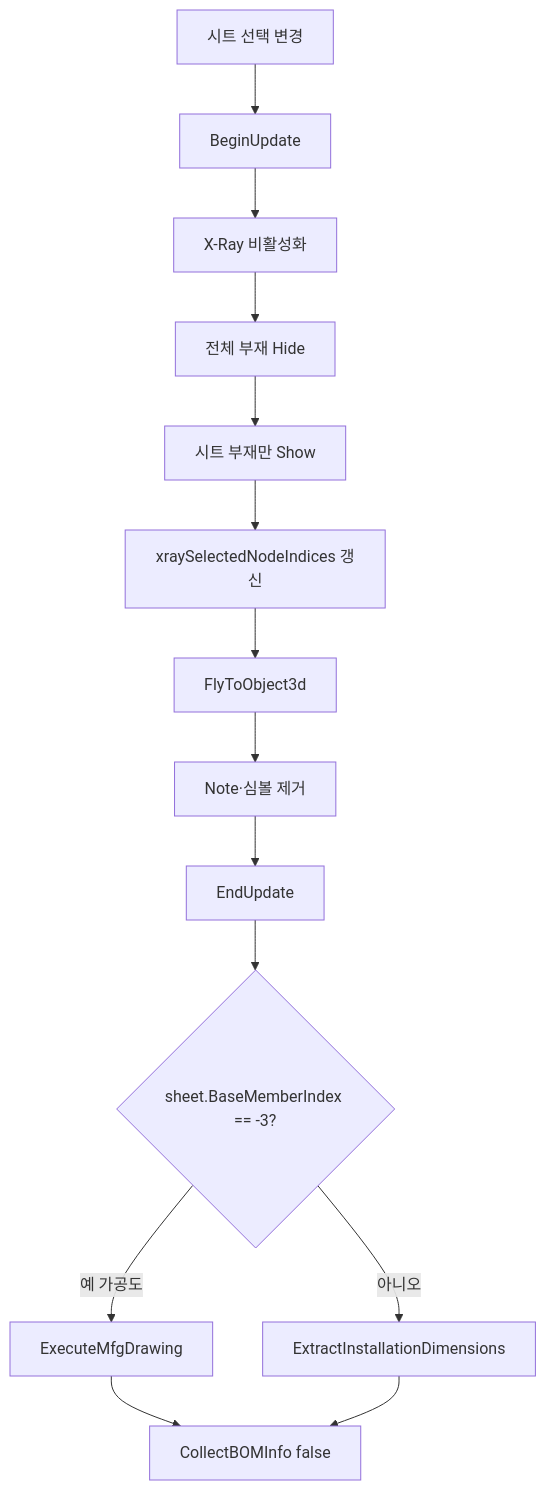
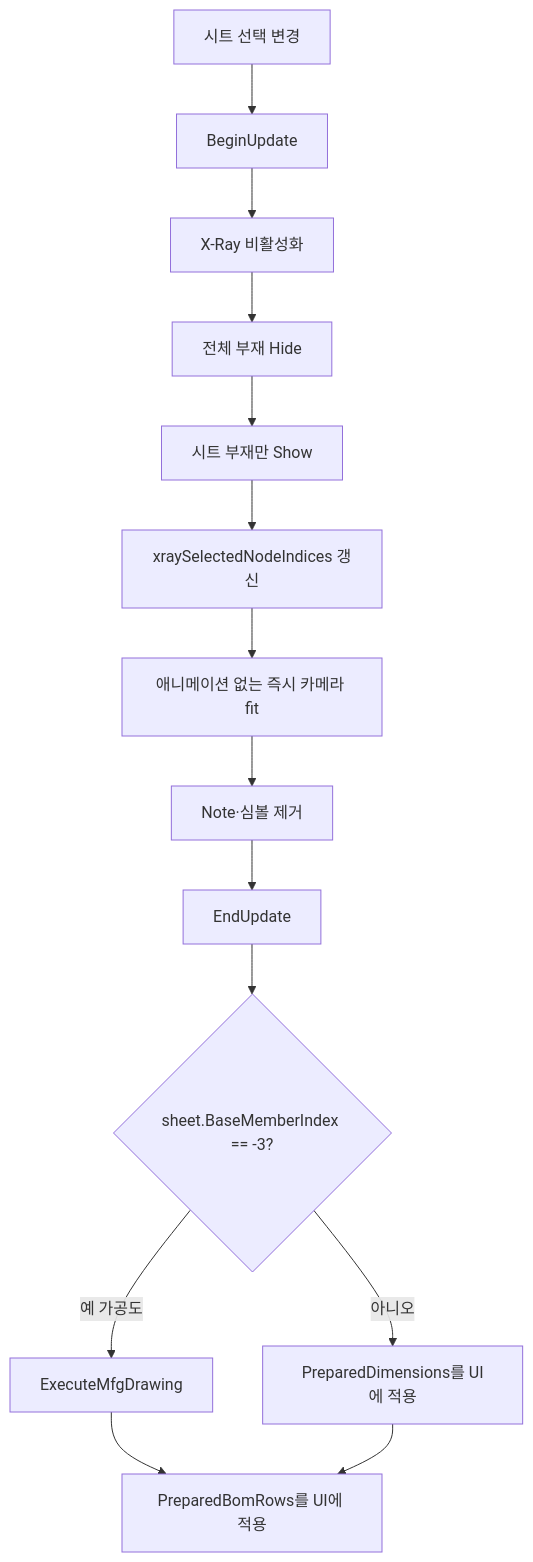
The diagram in docs/기능/도면시트/시트 선택.md (uuuuj/a2z), drawn with Mermaid before and after one commit. The commit also changed other lines of this file and 17 other files, not shown here.

````diff
--- a/docs/기능/도면시트/시트 선택.md
+++ b/docs/기능/도면시트/시트 선택.md
@@ -28,16 +28,16 @@
 ```mermaid
 flowchart TD
     A[시트 선택 변경] --> B[BeginUpdate]
     B --> C[X-Ray 비활성화]
     C --> D[전체 부재 Hide]
     D --> E[시트 부재만 Show]
     E --> F[xraySelectedNodeIndices 갱신]
-    F --> G[FlyToObject3d]
+    F --> G[애니메이션 없는 즉시 카메라 fit]
     G --> H[Note·심볼 제거]
     H --> I[EndUpdate]
     I --> J{sheet.BaseMemberIndex == -3?}
     J -- 예 가공도 --> K[ExecuteMfgDrawing]
-    J -- 아니오 --> L[ExtractInstallationDimensions]
-    K --> M[CollectBOMInfo false]
+    J -- 아니오 --> L[PreparedDimensions를 UI에 적용]
+    K --> M[PreparedBomRows를 UI에 적용]
     L --> M
 ```
````
